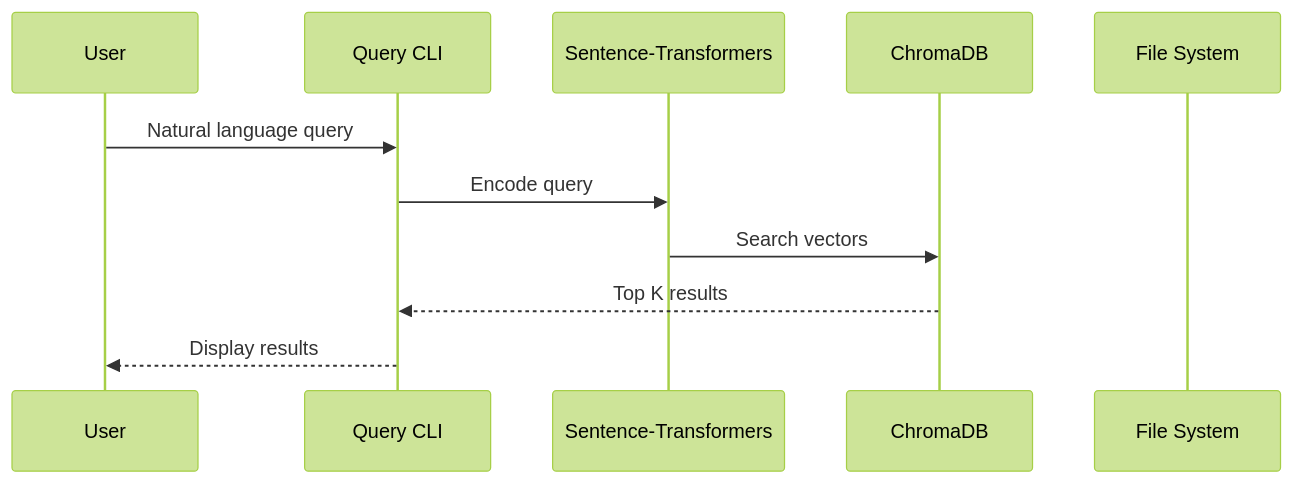
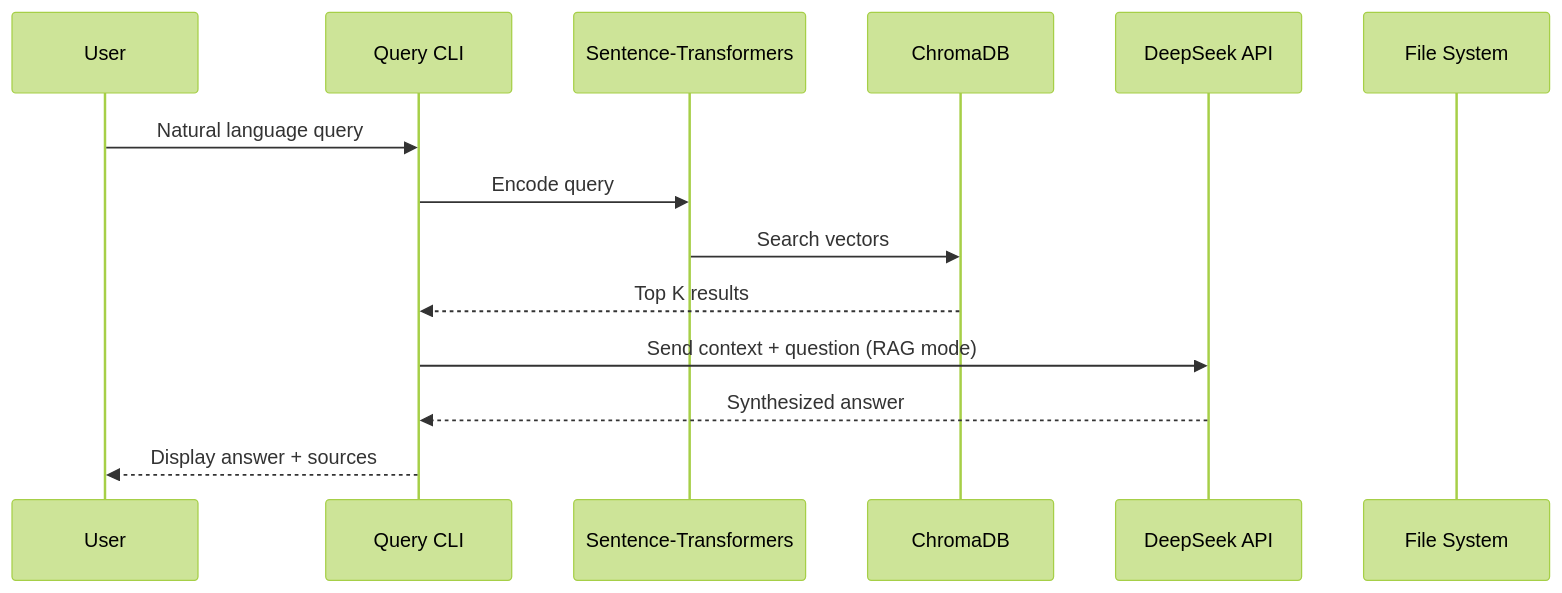
Before and after one commit to atifmanzoorali/Knowledge_OS: the third of 4 diagrams in docs/ARCHITECTURE.md, drawn with Mermaid (forest theme). The commit also changed other lines of this file and 6 other files, not shown here.

Commit message:
Add RAG answer generation with DeepSeek: new ask.py, config.py, updated search/answer_search.py with --ask flag, updated docs and README

````diff
--- a/docs/ARCHITECTURE.md
+++ b/docs/ARCHITECTURE.md
@@ -249,14 +250,17 @@
 ```mermaid
 sequenceDiagram
     participant U as User
     participant Q as Query CLI
     participant M as Sentence-Transformers
     participant C as ChromaDB
+    participant L as DeepSeek API
     participant F as File System
 
     U->>Q: Natural language query
     Q->>M: Encode query
     M->>C: Search vectors
     C-->>Q: Top K results
-    Q-->>U: Display results
+    Q->>L: Send context + question (RAG mode)
+    L-->>Q: Synthesized answer
+    Q-->>U: Display answer + sources
 ```
````
